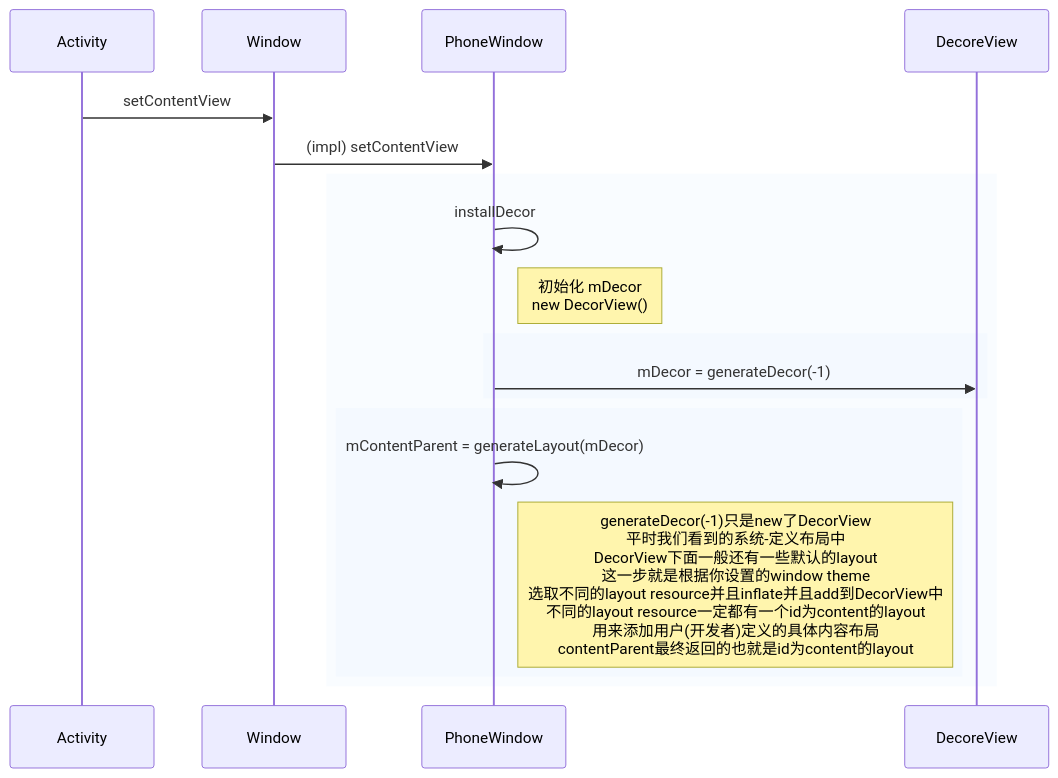
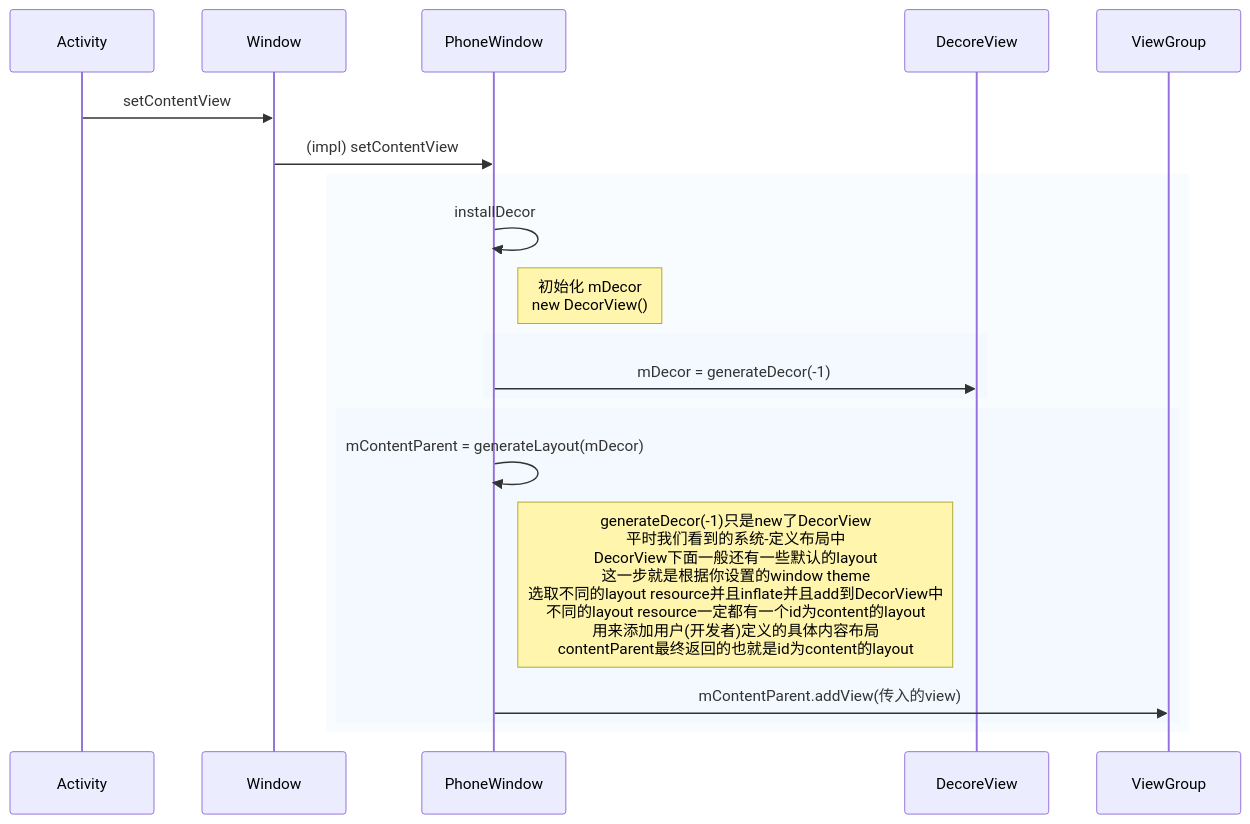
The fifth of 6 diagrams in source/_posts/Android/Android窗口机制.md (swithun-liu/swithun-liu.github.io), drawn with Mermaid before and after one commit. The commit also changed other lines of this file, not shown here.

````diff
--- a/source/_posts/Android/Android窗口机制.md
+++ b/source/_posts/Android/Android窗口机制.md
@@ -1350,16 +156,17 @@
 ```mermaid
 sequenceDiagram
 Activity ->> Window: setContentView
 Window ->> PhoneWindow: (impl) setContentView
 rect rgba(191, 223, 255, .1) 
     PhoneWindow ->> PhoneWindow: installDecor
     Note right of PhoneWindow: 初始化 mDecor <br> new DecorView()
     rect rgba(191, 223, 255, .1) 
         PhoneWindow ->> DecoreView: mDecor = generateDecor(-1)
     end
     rect rgba(191, 223, 255, .1) 
         PhoneWindow ->> PhoneWindow: mContentParent = generateLayout(mDecor)
         Note right of PhoneWindow: generateDecor(-1)只是new了DecorView<br>平时我们看到的系统-定义布局中<br>DecorView下面一般还有一些默认的layout<br>这一步就是根据你设置的window theme<br>选取不同的layout resource并且inflate并且add到DecorView中<br>不同的layout resource一定都有一个id为content的layout<br>用来添加用户(开发者)定义的具体内容布局<br>contentParent最终返回的也就是id为content的layout
+        PhoneWindow ->> ViewGroup: mContentParent.addView(传入的view)
     end
 end
 ```
````
